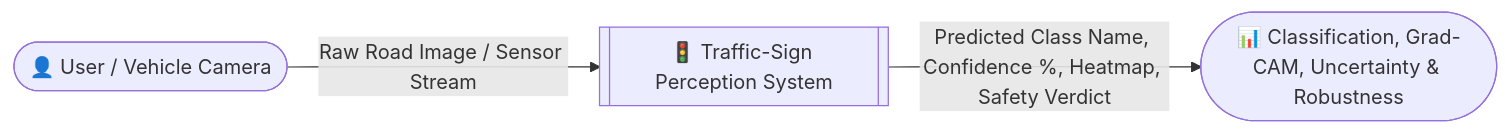
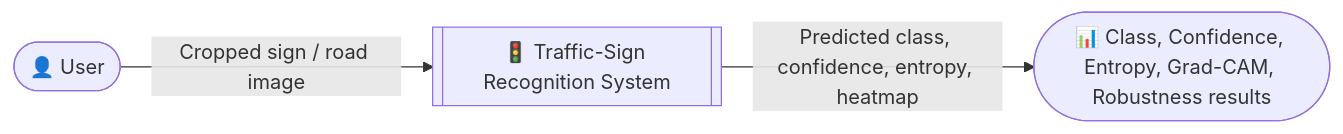
One commit to Alokzhan/traffic-sign changed the second of 3 diagrams in README.md. Above: the diagram before and after it, drawn with Mermaid. The commit also changed other lines of this file, not shown here.

````diff
--- a/README.md
+++ b/README.md
@@ -96,9 +110,9 @@
 ```mermaid
 flowchart LR
-    User(["👤 User / Vehicle Camera"])
-    System[["🚦 Traffic-Sign Perception System"]]
-    Output(["📊 Classification, Grad-CAM, Uncertainty & Robustness"])
+    User(["👤 User"])
+    System[["🚦 Traffic-Sign Recognition System"]]
+    Output(["📊 Class, Confidence, Entropy, Grad-CAM, Robustness results"])
 
-    User -->|"Raw Road Image / Sensor Stream"| System
-    System -->|"Predicted Class Name, Confidence %, Heatmap, Safety Verdict"| Output
+    User -->|"Cropped sign / road image"| System
+    System -->|"Predicted class, confidence, entropy, heatmap"| Output
 ```
````
